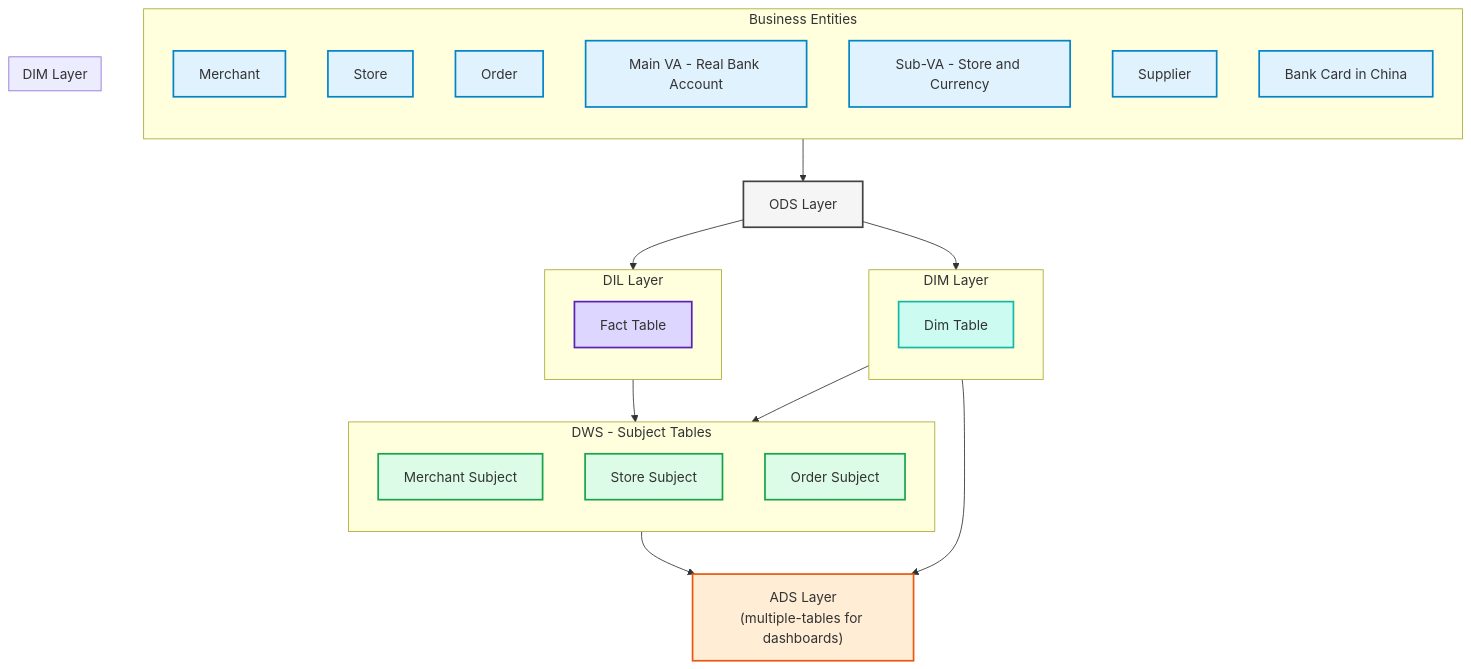
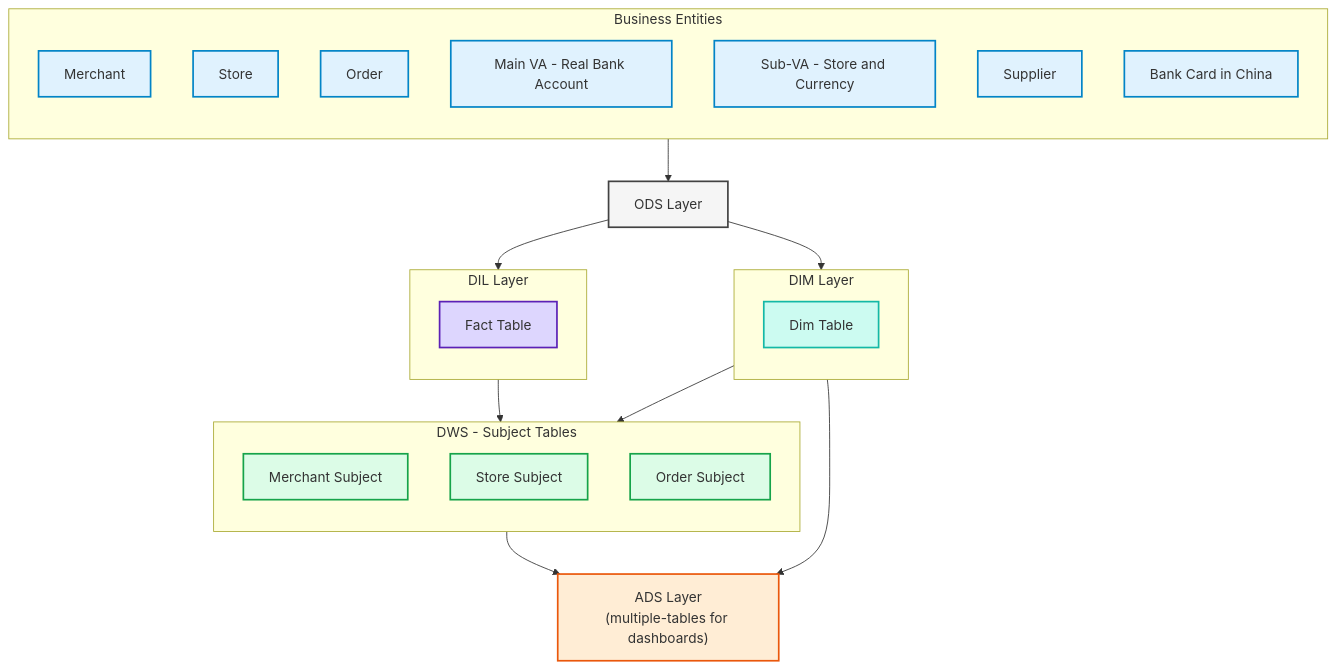
Before and after one commit to blaire101/data-warehouse-solutions: the diagram in DW-QA.md, drawn with Mermaid.

````diff
--- a/DW-QA.md
+++ b/DW-QA.md
@@ -35,65 +35,58 @@
 ```mermaid
 flowchart TB
   %% ============ Business Entities ============
   subgraph BIZ["Business Entities"]
     direction TB
     M[Merchant]:::biz
     S[Store]:::biz
     O[Order]:::biz
     VAM[Main VA - Real Bank Account]:::biz
     VAS[Sub-VA - Store and Currency]:::biz
     SUP[Supplier]:::biz
     CNBK[Bank Card in China]:::biz
   end
 
   %% ============ ODS ============
   ODS[ODS Layer]:::ods
 
   %% ============ DIL ============
   subgraph DIL["DIL Layer"]
     direction TB
     FACT[Fact Table]:::fact
   end
 
   %% ============ DIM ============
   subgraph DIM["DIM Layer"]
     direction TB
     DIM_T[Dim Table]:::dim
   end
 
   %% ============ DWS ============
   subgraph DWS["DWS - Subject Tables"]
     direction TB
     DWS_M[Merchant Subject]:::dws
     DWS_S[Store Subject]:::dws
     DWS_O[Order Subject]:::dws
   end
 
-  %% ============ DIM 2============
-  subgraph DIM2["DIM Layer"]
-    direction TB
-    DIM_T[Dim Table]:::dim
-  end
-
   %% ============ ADS ============
   ADS["ADS Layer<br>(multiple-tables for dashboards)"]:::ads
 
   %% ============ Mappings ============
   BIZ-->ODS
   ODS-->DIL
   ODS-->DIM
   DIL-->DWS
   DIM-->DWS
   DWS-->ADS
   DIM-->ADS
 
   %% ============ Styles ============
   classDef biz fill:#e0f2fe,stroke:#0284c7,stroke-width:2px,color:#075985;   %% light blue
   classDef ods fill:#f5f5f5,stroke:#424242,stroke-width:2px,color:#212121;   %% gray
   classDef dil fill:#ede9fe,stroke:#7c3aed,stroke-width:2px,color:#4c1d95;   %% purple
   classDef fact fill:#ddd6fe,stroke:#5b21b6,stroke-width:2px,color:#3730a3; %% darker purple
-  classDef dim fill:#ccfbf1,stroke:#14b8a6,stroke-width:2px,color:#0f766e;  %% teal
-  classDef dim2 fill:#ccfbf1,stroke:#14b8a6,stroke-width:2px,color:#0f766e;  %% teal
+  classDef dim fill:#ccfbf1,stroke:#14b8a6,stroke-width:2px,color:#0f766e;  %% purple
   classDef dws fill:#dcfce7,stroke:#16a34a,stroke-width:2px,color:#166534;  %% green
   classDef ads fill:#ffedd5,stroke:#ea580c,stroke-width:2px,color:#7c2d12;  %% orange
 ```
````
